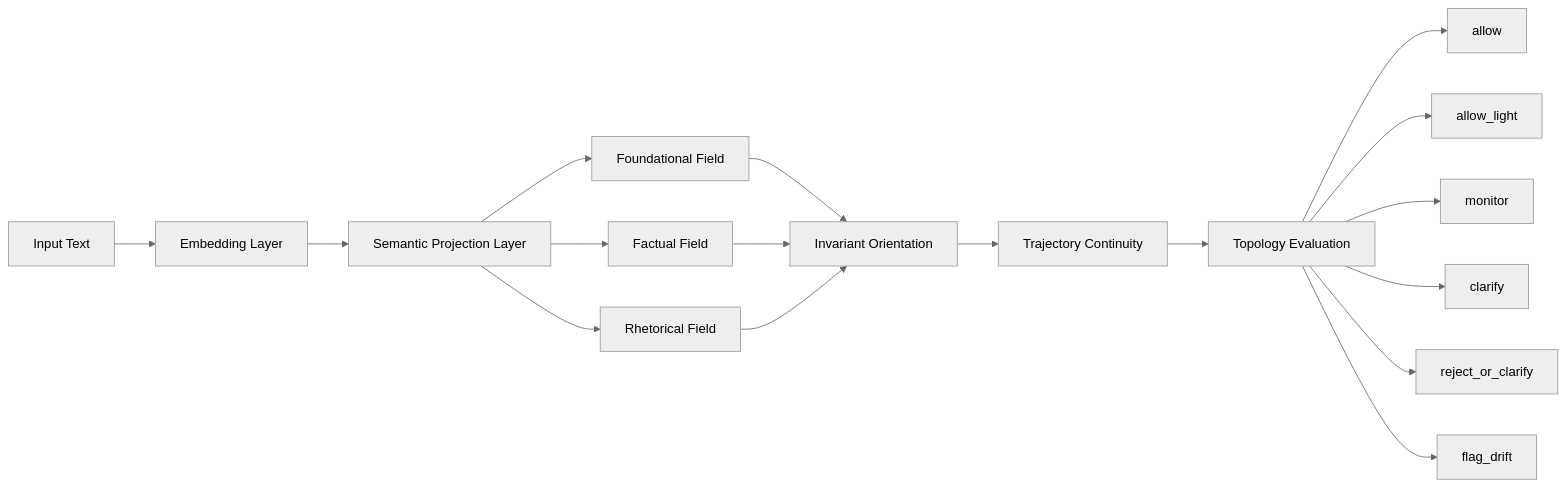
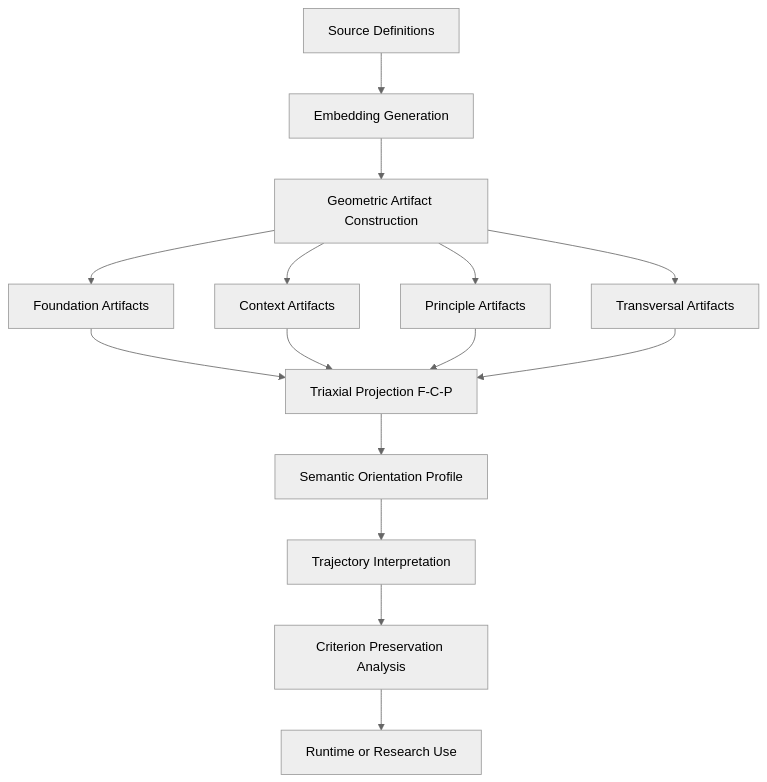
One commit to rosatisoft/axiomatic-criterion-atlas changed the diagram in README.md. Above: the diagram before and after it, drawn with Mermaid (neutral theme). The commit also changed other lines of this file, not shown here.

Commit message:
Update README for ACA v0.2 artifact methodology

````diff
--- a/README.md
+++ b/README.md
@@ -73,27 +61,19 @@
 ```mermaid
-flowchart LR
+flowchart TD
 
-A[Input Text]
---> B[Embedding Layer]
+A[Source Definitions] --> B[Embedding Generation]
+B --> C[Geometric Artifact Construction]
 
-B --> C[Semantic Projection Layer]
+C --> D1[Foundation Artifacts]
+C --> D2[Context Artifacts]
+C --> D3[Principle Artifacts]
+C --> D4[Transversal Artifacts]
 
-C --> D1[Foundational Field]
-C --> D2[Factual Field]
-C --> D3[Rhetorical Field]
+D1 & D2 & D3 & D4 --> E[Triaxial Projection F-C-P]
 
-D1 --> E[Invariant Orientation]
-D2 --> E
-D3 --> E
+E --> F[Semantic Orientation Profile]
+F --> G[Trajectory Interpretation]
+G --> H[Criterion Preservation Analysis]
+H --> I[Runtime or Research Use]
 
-E --> F[Trajectory Continuity]
-
-F --> G[Topology Evaluation]
-
-G --> H1[allow]
-G --> H2[allow_light]
-G --> H3[monitor]
-G --> H4[clarify]
-G --> H5[reject_or_clarify]
-G --> H6[flag_drift]
 ```
````
